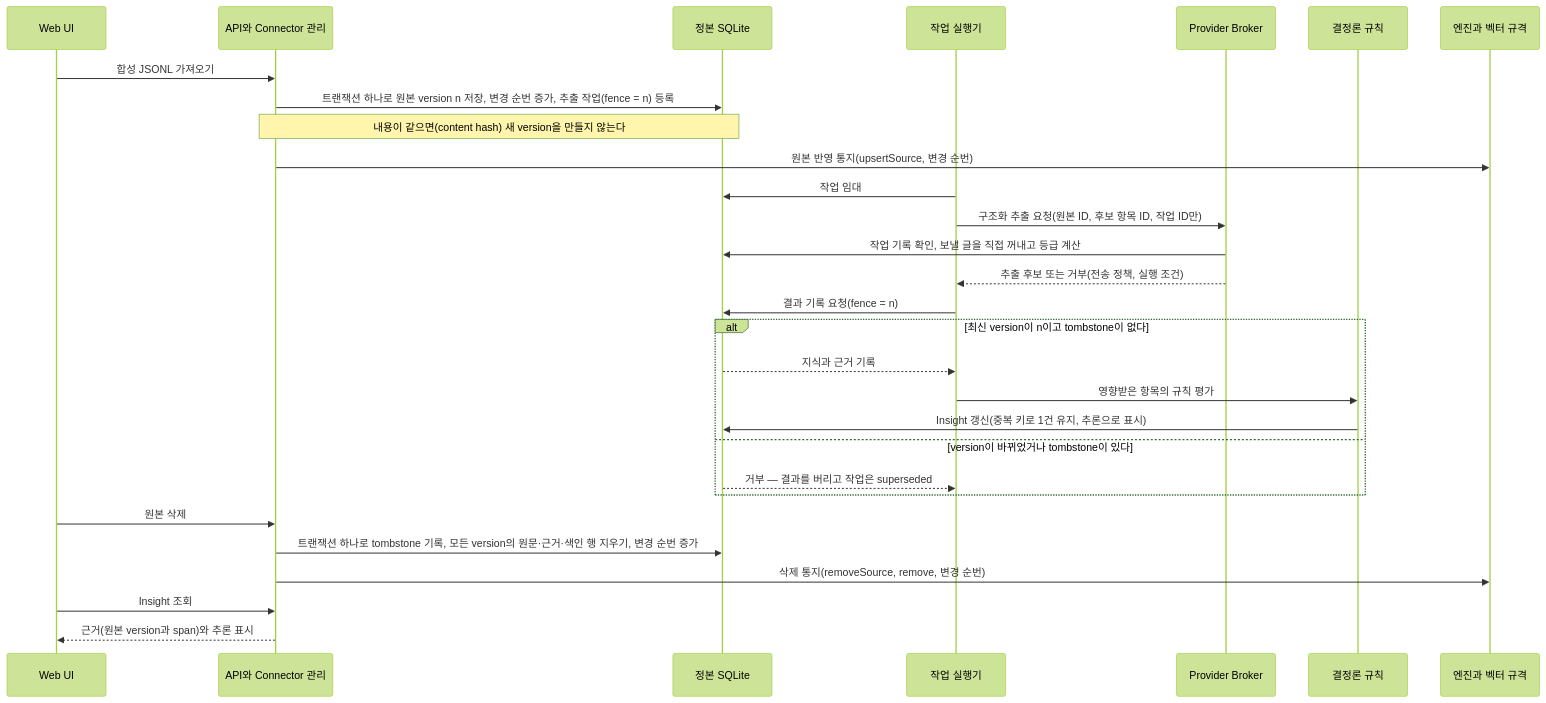
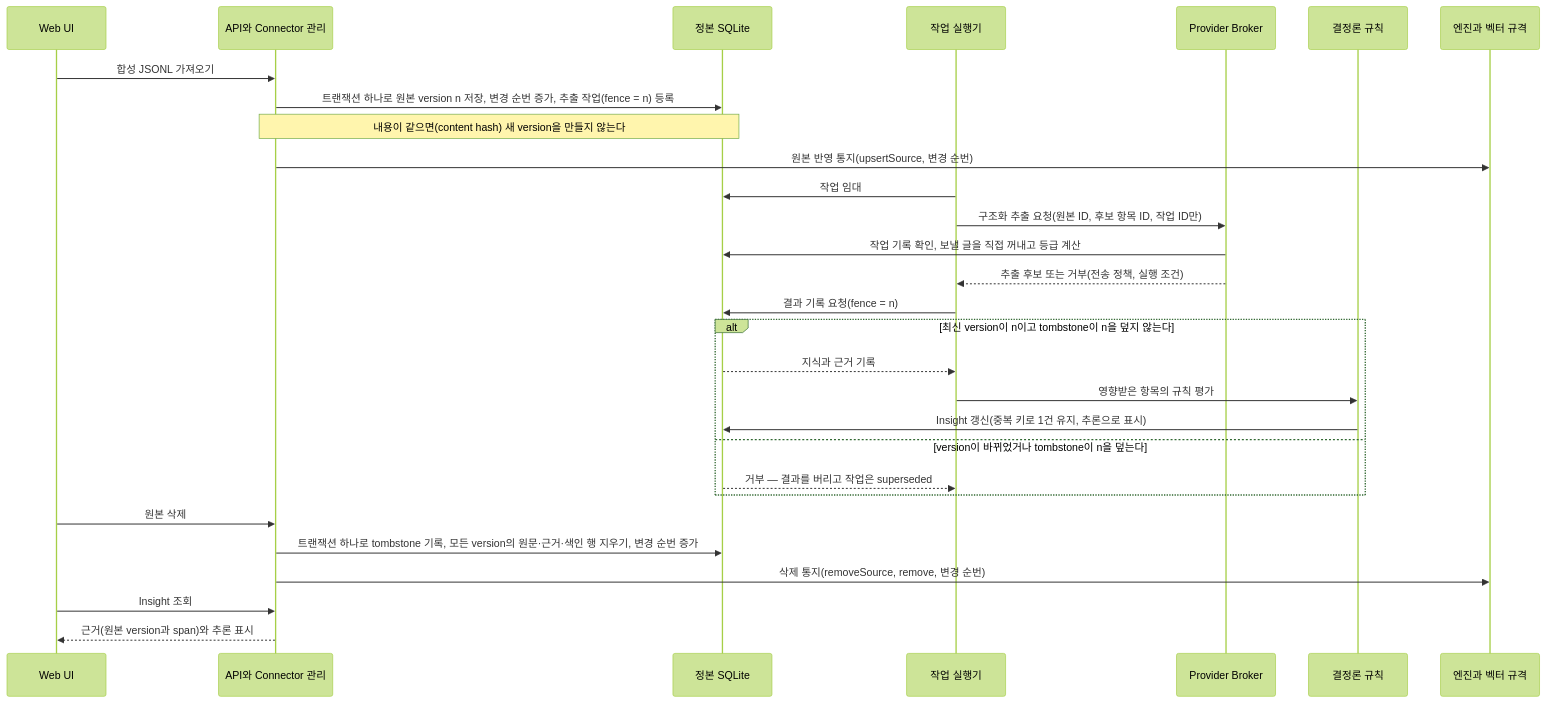
Before and after one commit to nohdol97/PKI: the second of 2 diagrams in docs/ARCHITECTURE.md, drawn with Mermaid (forest theme). The commit also changed other lines of this file and 22 other files, not shown here.

````diff
--- a/docs/ARCHITECTURE.md
+++ b/docs/ARCHITECTURE.md
@@ -434,31 +440,31 @@
 ```mermaid
 sequenceDiagram
   participant UI as Web UI
   participant API as API와 Connector 관리
   participant DB as 정본 SQLite
   participant W as 작업 실행기
   participant B as Provider Broker
   participant R as 결정론 규칙
   participant P as 엔진과 벡터 규격
   UI->>API: 합성 JSONL 가져오기
   API->>DB: 트랜잭션 하나로 원본 version n 저장, 변경 순번 증가, 추출 작업(fence = n) 등록
   Note over API,DB: 내용이 같으면(content hash) 새 version을 만들지 않는다
   API->>P: 원본 반영 통지(upsertSource, 변경 순번)
   W->>DB: 작업 임대
   W->>B: 구조화 추출 요청(원본 ID, 후보 항목 ID, 작업 ID만)
   B->>DB: 작업 기록 확인, 보낼 글을 직접 꺼내고 등급 계산
   B-->>W: 추출 후보 또는 거부(전송 정책, 실행 조건)
   W->>DB: 결과 기록 요청(fence = n)
-  alt 최신 version이 n이고 tombstone이 없다
+  alt 최신 version이 n이고 tombstone이 n을 덮지 않는다
     DB-->>W: 지식과 근거 기록
     W->>R: 영향받은 항목의 규칙 평가
     R->>DB: Insight 갱신(중복 키로 1건 유지, 추론으로 표시)
-  else version이 바뀌었거나 tombstone이 있다
+  else version이 바뀌었거나 tombstone이 n을 덮는다
     DB-->>W: 거부 — 결과를 버리고 작업은 superseded
   end
   UI->>API: 원본 삭제
   API->>DB: 트랜잭션 하나로 tombstone 기록, 모든 version의 원문·근거·색인 행 지우기, 변경 순번 증가
   API->>P: 삭제 통지(removeSource, remove, 변경 순번)
   UI->>API: Insight 조회
   API-->>UI: 근거(원본 version과 span)와 추론 표시
 ```
````
